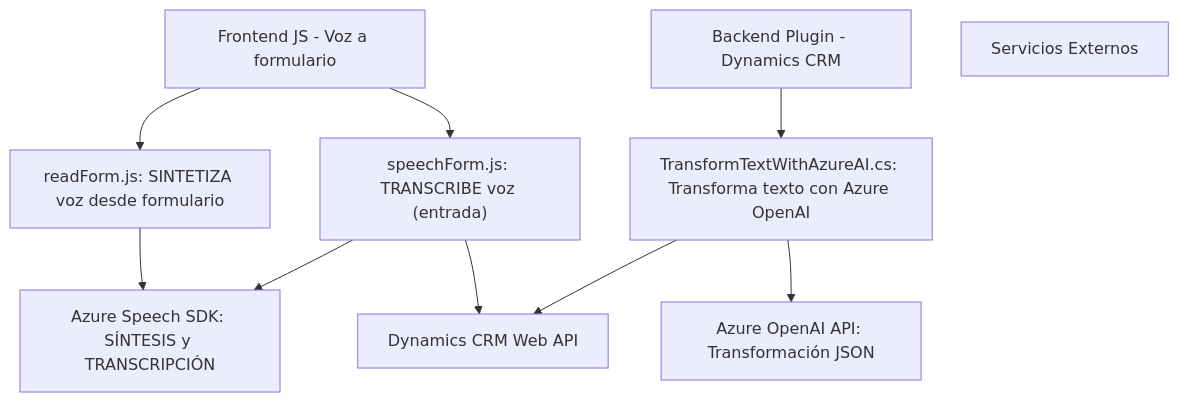
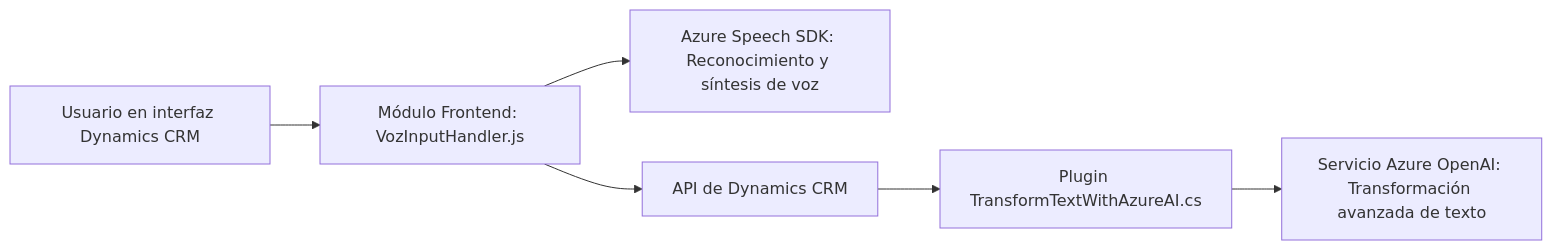
Before and after one commit to blopezdm/NETCORE_BILBAO2025: the diagram in README.md, drawn with Mermaid. The commit also changed other lines of this file, not shown here.

Commit message:
Actualizar análisis global de la solución con IA

````diff
--- a/README.md
+++ b/README.md
@@ -39,21 +47,8 @@
 ```mermaid
-graph TD
-    A["Frontend JS - Voz a formulario"]
-    A1["readForm.js: SINTETIZA voz desde formulario"]
-    A2["speechForm.js: TRANSCRIBE voz (entrada)"]
-    B["Backend Plugin - Dynamics CRM"]
-    B1["TransformTextWithAzureAI.cs: Transforma texto con Azure OpenAI"]
-    C["Servicios Externos"]
-    C1["Azure Speech SDK: SÍNTESIS y TRANSCRIPCIÓN"]
-    C2["Azure OpenAI API: Transformación JSON"]
-    C3["Dynamics CRM Web API"]
-
-    A --> A1
-    A --> A2
-    A1 --> C1
-    A2 --> C1
-    A2 --> C3
-    B --> B1
-    B1 --> C2
-    B1 --> C3
+graph LR
+    UI["Usuario en interfaz Dynamics CRM"] --> JS["Módulo Frontend: VozInputHandler.js"]
+    JS --> SpeechSDK["Azure Speech SDK: Reconocimiento y síntesis de voz"]
+    JS --> CRM_API["API de Dynamics CRM"]
+    CRM_API --> Plugin["Plugin TransformTextWithAzureAI.cs"]
+    Plugin --> OpenAI["Servicio Azure OpenAI: Transformación avanzada de texto"]
 ```
````
